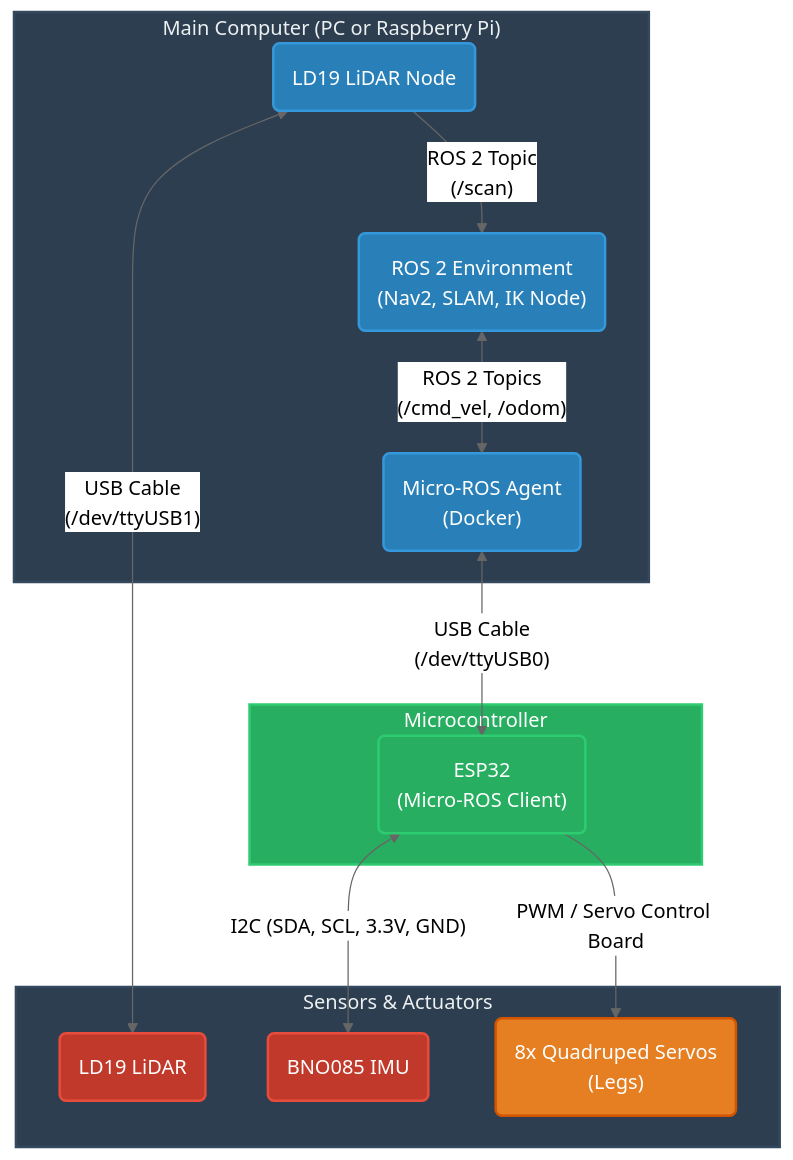
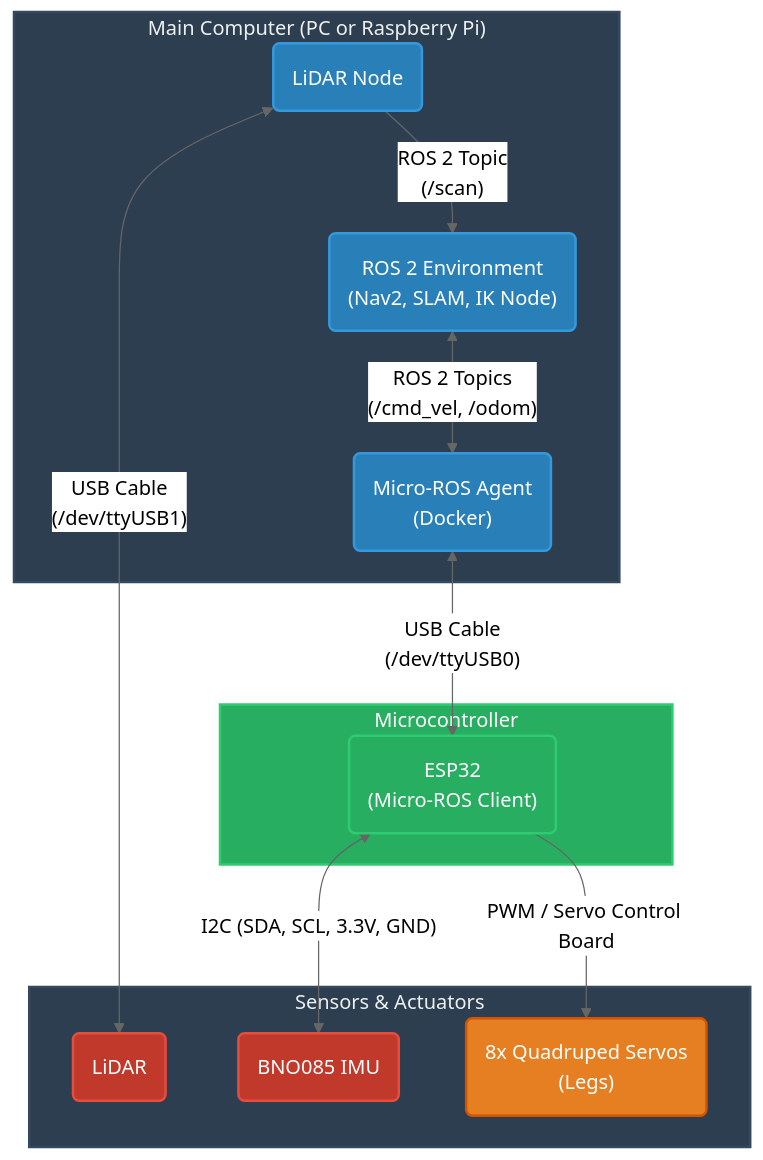
One commit to joschmaCYU/Quadruped changed the diagram in SimREADME.md. Above: the diagram before and after it, drawn with Mermaid (neutral theme). The commit also changed other lines of this file and 4 other files, not shown here.

````diff
--- a/SimREADME.md
+++ b/SimREADME.md
@@ -10,39 +14,39 @@
 ```mermaid
 graph TD
     %% Define Styles
     classDef pc fill:#2c3e50,stroke:#34495e,stroke-width:2px,color:#ecf0f1
     classDef esp fill:#27ae60,stroke:#2ecc71,stroke-width:2px,color:#fff
     classDef sensor fill:#c0392b,stroke:#e74c3c,stroke-width:2px,color:#fff
     classDef actuator fill:#e67e22,stroke:#d35400,stroke-width:2px,color:#fff
     classDef software fill:#2980b9,stroke:#3498db,stroke-width:2px,color:#fff
     subgraph Main_Computer ["Main Computer (PC or Raspberry Pi)"]
         ROS2("ROS 2 Environment<br>(Nav2, SLAM, IK Node)"):::software
         U_Agent("Micro-ROS Agent<br>(Docker)"):::software
-        L_Node("LD19 LiDAR Node"):::software
+        L_Node("LiDAR Node"):::software
 
         ROS2 <-->|"ROS 2 Topics<br>(/cmd_vel, /odom)"| U_Agent
         L_Node -->|"ROS 2 Topic<br>(/scan)"| ROS2
     end
 
     subgraph Microcontroller ["Microcontroller"]
         ESP32("ESP32<br>(Micro-ROS Client)"):::esp
     end
 
     subgraph Peripherals ["Sensors & Actuators"]
-        LD19("LD19 LiDAR"):::sensor
+        LD19("LiDAR"):::sensor
         IMU("BNO085 IMU"):::sensor
         Servos("8x Quadruped Servos<br>(Legs)"):::actuator
     end
 
     %% Hardware Connections
     U_Agent <-->|"USB Cable<br>(/dev/ttyUSB0)"| ESP32
     L_Node <-->|"USB Cable<br>(/dev/ttyUSB1)"| LD19
 
     ESP32 <-->|"I2C (SDA, SCL, 3.3V, GND)"| IMU
     ESP32 -->|"PWM / Servo Control Board"| Servos
 
     %% Apply Styles
     class Main_Computer pc
     class Microcontroller esp
     class Peripherals pc
 ```
````
